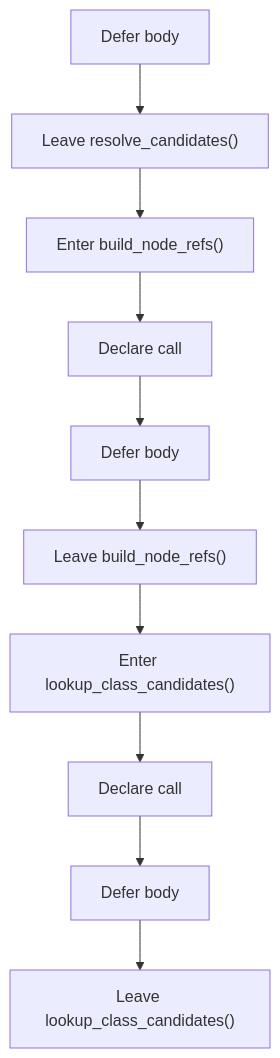
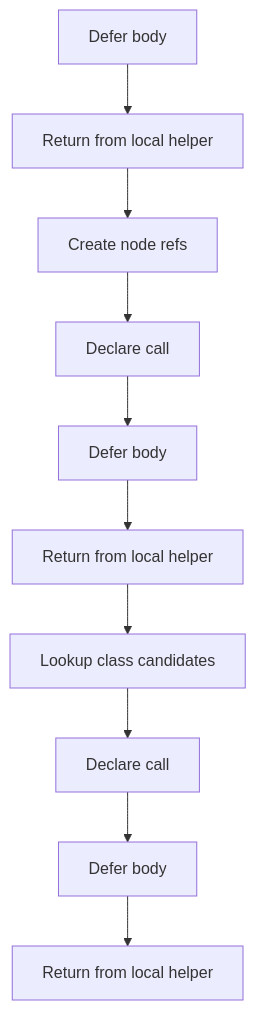
Before and after one commit to JohnAndrewBalbarosa/NeoTerritory: the seventh of 8 diagrams in docs/Codebase/Microservice/Modules/Header/SyntacticBrokenAST/HashingMechanism/HashLinks/Internal/Flow/parse_tree_hash_links_internal_program_flow.hpp.md, drawn with Mermaid. The commit also changed other lines of this file and 915 other files, not shown here.

````diff
--- a/docs/Codebase/Microservice/Modules/Header/SyntacticBrokenAST/HashingMechanism/HashLinks/Internal/Flow/parse_tree_hash_links_internal_program_flow.hpp.md
+++ b/docs/Codebase/Microservice/Modules/Header/SyntacticBrokenAST/HashingMechanism/HashLinks/Internal/Flow/parse_tree_hash_links_internal_program_flow.hpp.md
@@ -171,22 +171,22 @@
 ```mermaid
 flowchart TD
     N0["Defer body"]
-    N1["Leave resolve_candidates()"]
-    N2["Enter build_node_refs()"]
+    N1["Return from local helper"]
+    N2["Create node refs"]
     N3["Declare call"]
     N4["Defer body"]
-    N5["Leave build_node_refs()"]
-    N6["Enter lookup_class_candidates()"]
+    N5["Return from local helper"]
+    N6["Lookup class candidates"]
     N7["Declare call"]
     N8["Defer body"]
-    N9["Leave lookup_class_candidates()"]
+    N9["Return from local helper"]
     N0 --> N1
     N1 --> N2
     N2 --> N3
     N3 --> N4
     N4 --> N5
     N5 --> N6
     N6 --> N7
     N7 --> N8
     N8 --> N9
 ```
````
